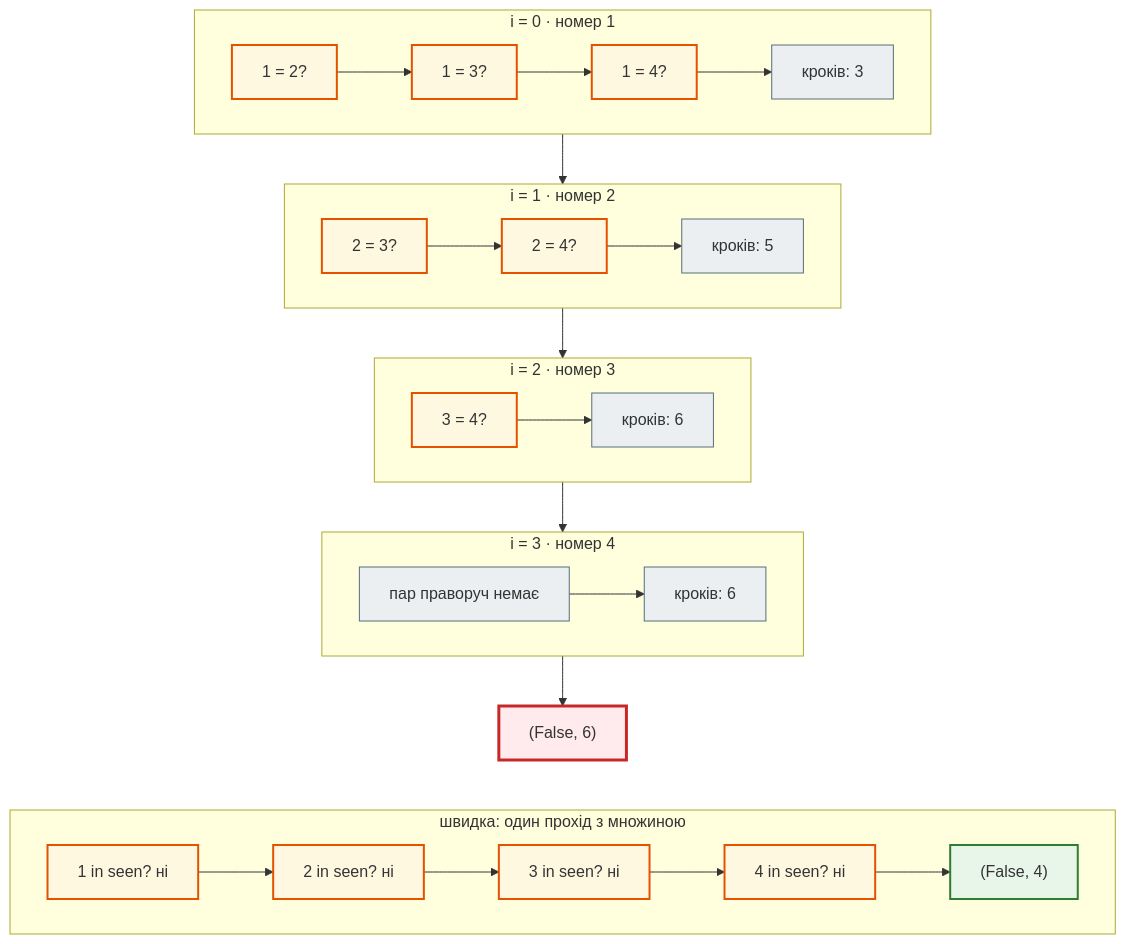
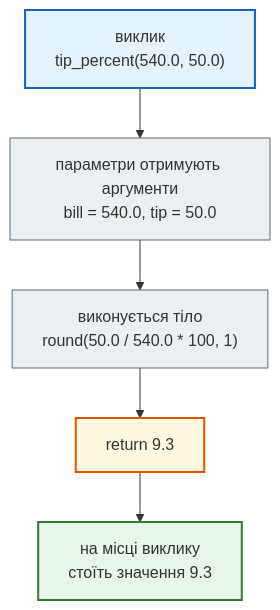
The first of 4 diagrams in docs/modules/m1/lesson_08.md (AlinaRadchenko/PY-Course-Victor-Nikoriak-22-09-2026), drawn with Mermaid before and after one commit. The commit also changed other lines of this file and 1846 other files, not shown here.

````diff
--- a/docs/modules/m1/lesson_08.md
+++ b/docs/modules/m1/lesson_08.md
@@ -158,36 +90,18 @@
 ```mermaid
 flowchart TD
     classDef step     fill:#eceff1,stroke:#546e7a,stroke-width:1px;
     classDef decision fill:#e3f2fd,stroke:#1565c0,stroke-width:2px;
     classDef success  fill:#e8f5e9,stroke:#2e7d32,stroke-width:2px;
     classDef error    fill:#ffebee,stroke:#c62828,stroke-width:3px;
     classDef warning  fill:#fff8e1,stroke:#e65100,stroke-width:2px;
 
-    subgraph I0["i = 0 · номер 1"]
-        direction LR
-        A1["1 = 2?"] --> A2["1 = 3?"] --> A3["1 = 4?"] --> AS["кроків: 3"]
-    end
-    subgraph I1["i = 1 · номер 2"]
-        direction LR
-        B1["2 = 3?"] --> B2["2 = 4?"] --> BS["кроків: 5"]
-    end
-    subgraph I2["i = 2 · номер 3"]
-        direction LR
-        C1["3 = 4?"] --> CS["кроків: 6"]
-    end
-    subgraph I3["i = 3 · номер 4"]
-        direction LR
-        D1["пар праворуч немає"] --> DS["кроків: 6"]
-    end
-    I0 --> I1 --> I2 --> I3 --> R["(False, 6)"]
-    subgraph FAST["швидка: один прохід з множиною"]
-        direction LR
-        F1["1 in seen? ні"] --> F2["2 in seen? ні"] --> F3["3 in seen? ні"] --> F4["4 in seen? ні"] --> FR["(False, 4)"]
-    end
-    R ~~~ FAST
+    C["виклик<br>tip_percent(540.0, 50.0)"] --> P["параметри отримують аргументи<br>bill = 540.0, tip = 50.0"]
+    P --> B["виконується тіло<br>round(50.0 / 540.0 * 100, 1)"]
+    B --> R["return 9.3"]
+    R --> V["на місці виклику<br>стоїть значення 9.3"]
 
-    class A1,A2,A3,B1,B2,C1,F1,F2,F3,F4 warning
-    class AS,BS,CS,DS,D1 step
-    class R error
-    class FR success
+    class C decision
+    class P,B step
+    class R warning
+    class V success
 ```
````
